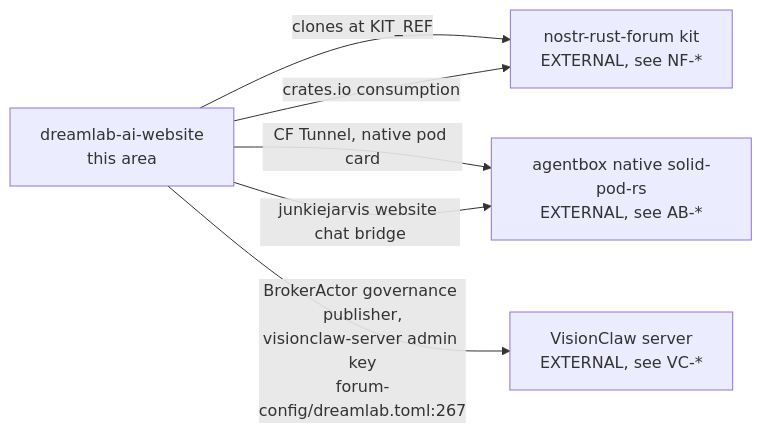
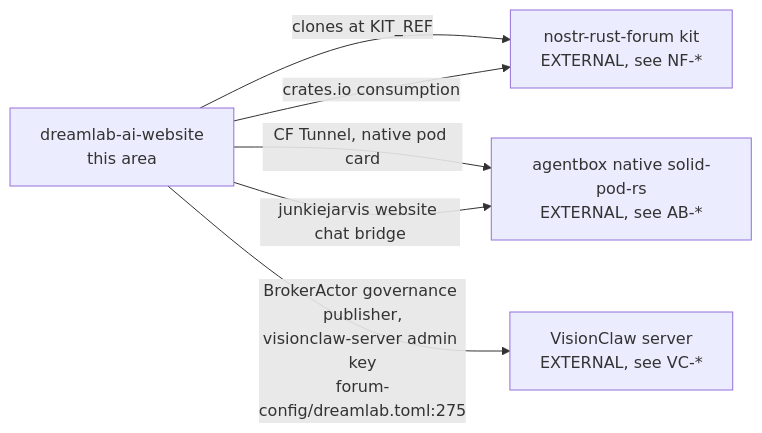
One commit to DreamLab-AI/VisionFlow changed the seventh of 7 diagrams in docs/diagrams/dreamlab-ai-website/01-repo-composition-and-deploy-topology.md. Above: the diagram before and after it, drawn with Mermaid. The commit also changed other lines of this file and 94 other files, not shown here.

First line of the commit message:
docs(diagrams): re-verify 130 topics against 2 October HEADs

````diff
--- a/docs/diagrams/dreamlab-ai-website/01-repo-composition-and-deploy-topology.md
+++ b/docs/diagrams/dreamlab-ai-website/01-repo-composition-and-deploy-topology.md
@@ -119,8 +121,8 @@
 ```mermaid
 flowchart LR
     DW["dreamlab-ai-website<br/>this area"] -->|"clones at KIT_REF"| NF["nostr-rust-forum kit<br/>EXTERNAL, see NF-*"]
     DW -->|"crates.io consumption"| NF
     DW -->|"CF Tunnel, native pod card"| AB["agentbox native solid-pod-rs<br/>EXTERNAL, see AB-*"]
-    DW -->|"BrokerActor governance publisher,<br/>visionclaw-server admin key<br/>forum-config/dreamlab.toml:267"| VC["VisionClaw server<br/>EXTERNAL, see VC-*"]
+    DW -->|"BrokerActor governance publisher,<br/>visionclaw-server admin key<br/>forum-config/dreamlab.toml:275"| VC["VisionClaw server<br/>EXTERNAL, see VC-*"]
     DW -->|"junkiejarvis website chat bridge"| AB
 ```
````
